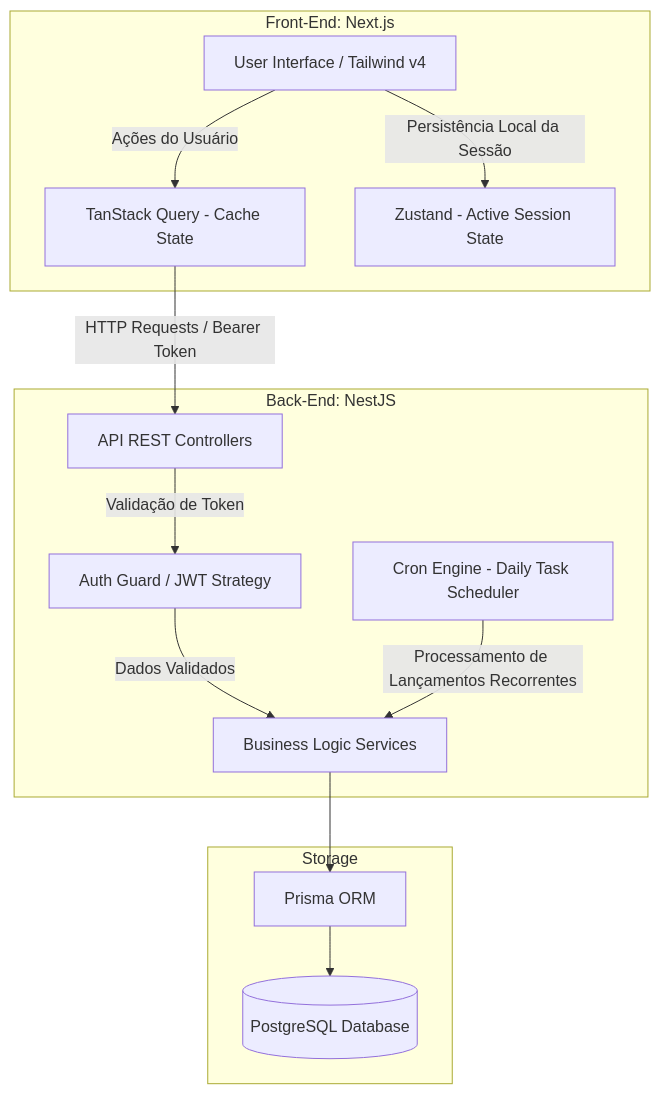
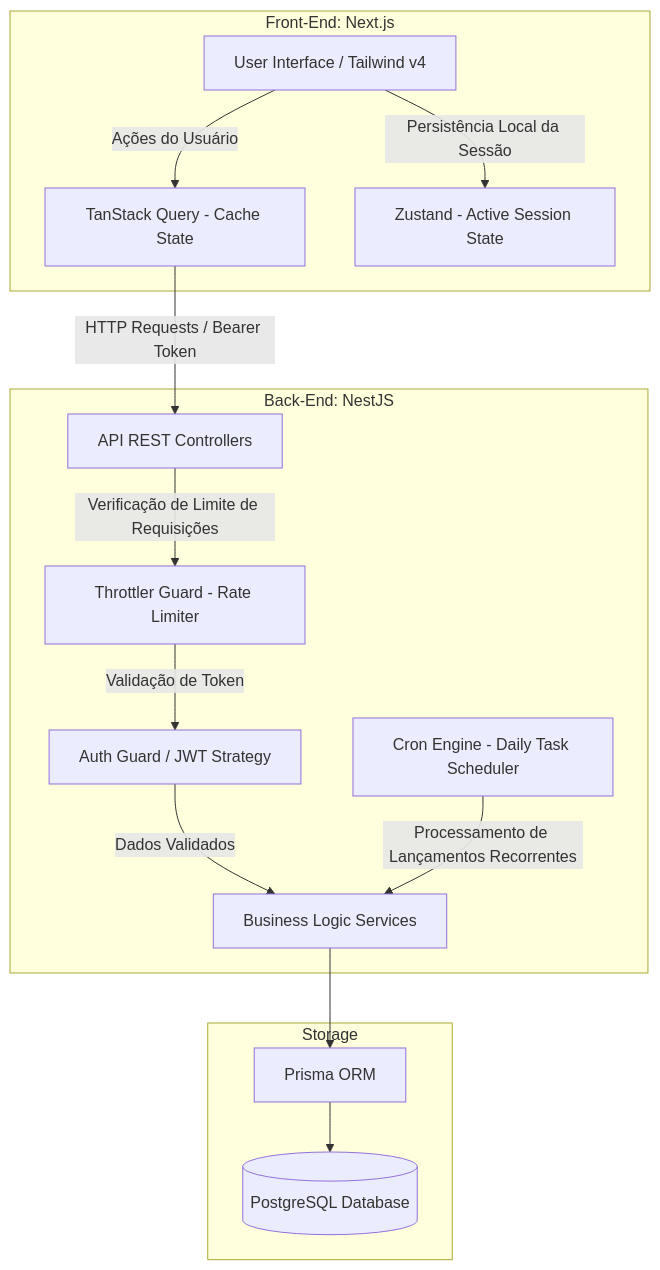
One commit to Campos1911/my-second-brain changed the diagram in README.md. Above: the diagram before and after it, drawn with Mermaid. The commit also changed other lines of this file, not shown here.

````diff
--- a/README.md
+++ b/README.md
@@ -13,29 +13,31 @@
 ```mermaid
 graph TD
     subgraph Client [Front-End: Next.js]
         UI[User Interface / Tailwind v4]
         RQ[TanStack Query - Cache State]
         ZS[Zustand - Active Session State]
     end
 
     subgraph Server [Back-End: NestJS]
         API[API REST Controllers]
         Guard[Auth Guard / JWT Strategy]
+        Throttle[Throttler Guard - Rate Limiter]
         Service[Business Logic Services]
         Cron[Cron Engine - Daily Task Scheduler]
     end
 
     subgraph Database [Storage]
         Prisma[Prisma ORM]
         DB[(PostgreSQL Database)]
     end
 
     UI -->|Ações do Usuário| RQ
     UI -->|Persistência Local da Sessão| ZS
     RQ -->|HTTP Requests / Bearer Token| API
-    API -->|Validação de Token| Guard
+    API -->|Verificação de Limite de Requisições| Throttle
+    Throttle -->|Validação de Token| Guard
     Guard -->|Dados Validados| Service
     Cron -->|Processamento de Lançamentos Recorrentes| Service
     Service --> Prisma
     Prisma --> DB
 ```
````
